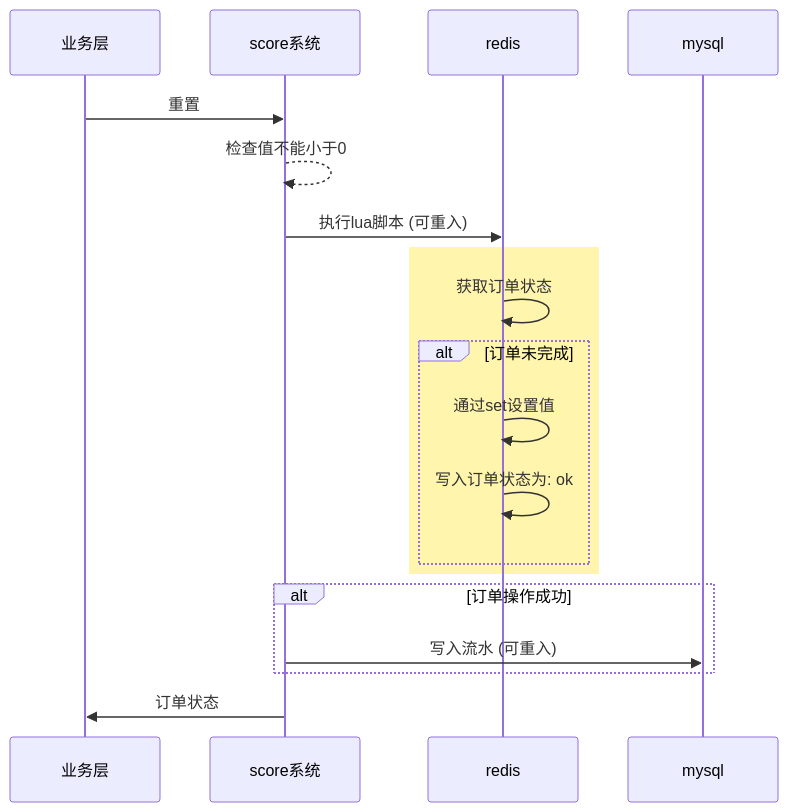
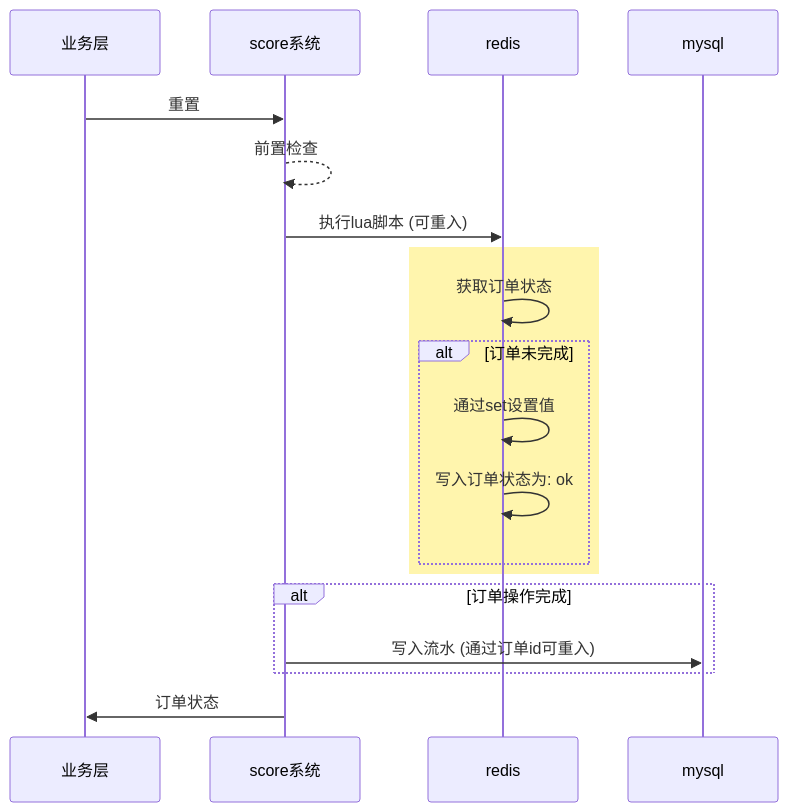
Before and after one commit to zlyuancn/score: the second of 2 diagrams in readme.md, drawn with Mermaid. The commit also changed other lines of this file and 3 other files, not shown here.

````diff
--- a/readme.md
+++ b/readme.md
@@ -154,23 +200,23 @@
 ```mermaid
 sequenceDiagram
 participant a as 业务层
 participant b as score系统
 participant c as redis
 participant d as mysql
 
 a->>b: 重置
-b-->>b: 检查值不能小于0
+b-->>b: 前置检查
 b->>c: 执行lua脚本 (可重入)
 rect rgb(255, 245, 173)
   c->>c: 获取订单状态
   alt 订单未完成
     c->>c: 通过set设置值
     c->>c: 写入订单状态为: ok
   end
 end
 
-alt 订单操作成功
-    b->>d: 写入流水 (可重入)
+alt 订单操作完成
+    b->>d: 写入流水 (通过订单id可重入)
 end
 b->>a: 订单状态
 ```
````
